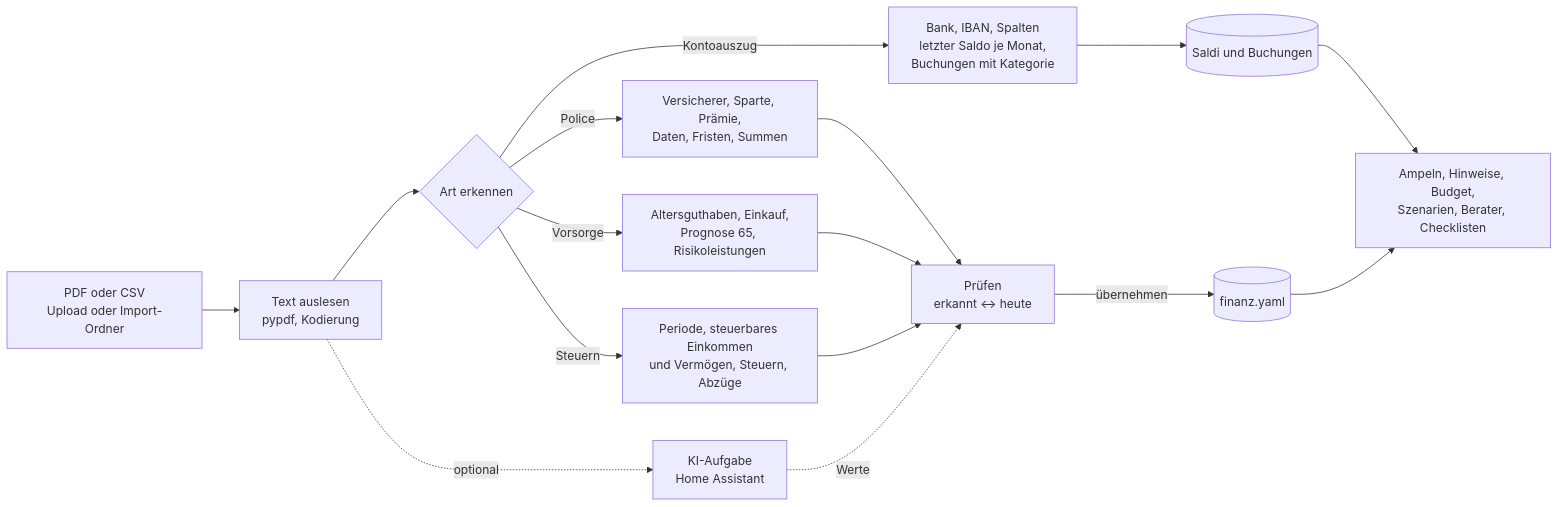
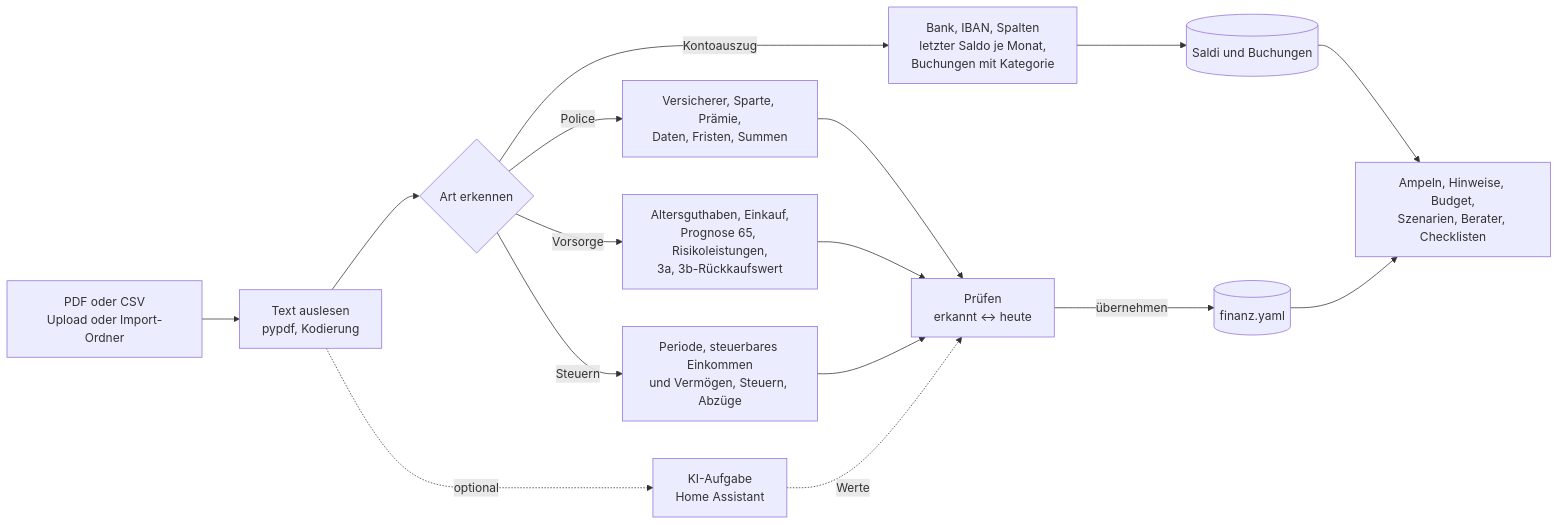
Before and after one commit to khu1985/finanz-ha: the diagram in docs/dokumente.mmd, drawn with Mermaid. The commit also changed 8 other files, not shown here.

```diff
--- a/docs/dokumente.mmd
+++ b/docs/dokumente.mmd
@@ -1,12 +1,12 @@
 flowchart LR
     U["PDF oder CSV<br/>Upload oder Import-Ordner"] --> T["Text auslesen<br/>pypdf, Kodierung"]
     T --> E{"Art erkennen"}
     E -- Kontoauszug --> B["Bank, IBAN, Spalten<br/>letzter Saldo je Monat,<br/>Buchungen mit Kategorie"]
     E -- Police --> V["Versicherer, Sparte, Prämie,<br/>Daten, Fristen, Summen"]
-    E -- Vorsorge --> VO["Altersguthaben, Einkauf,<br/>Prognose 65, Risikoleistungen"]
+    E -- Vorsorge --> VO["Altersguthaben, Einkauf,<br/>Prognose 65, Risikoleistungen,<br/>3a, 3b-Rückkaufswert"]
     E -- Steuern --> S["Periode, steuerbares Einkommen<br/>und Vermögen, Steuern, Abzüge"]
     T -. optional .-> KI["KI-Aufgabe<br/>Home Assistant"] -. Werte .-> P
     B --> DB[("Saldi und Buchungen")]
     V & VO & S --> P["Prüfen<br/>erkannt ↔ heute"]
     P -- übernehmen --> K[("finanz.yaml")]
     DB & K --> A["Ampeln, Hinweise, Budget,<br/>Szenarien, Berater, Checklisten"]
```
